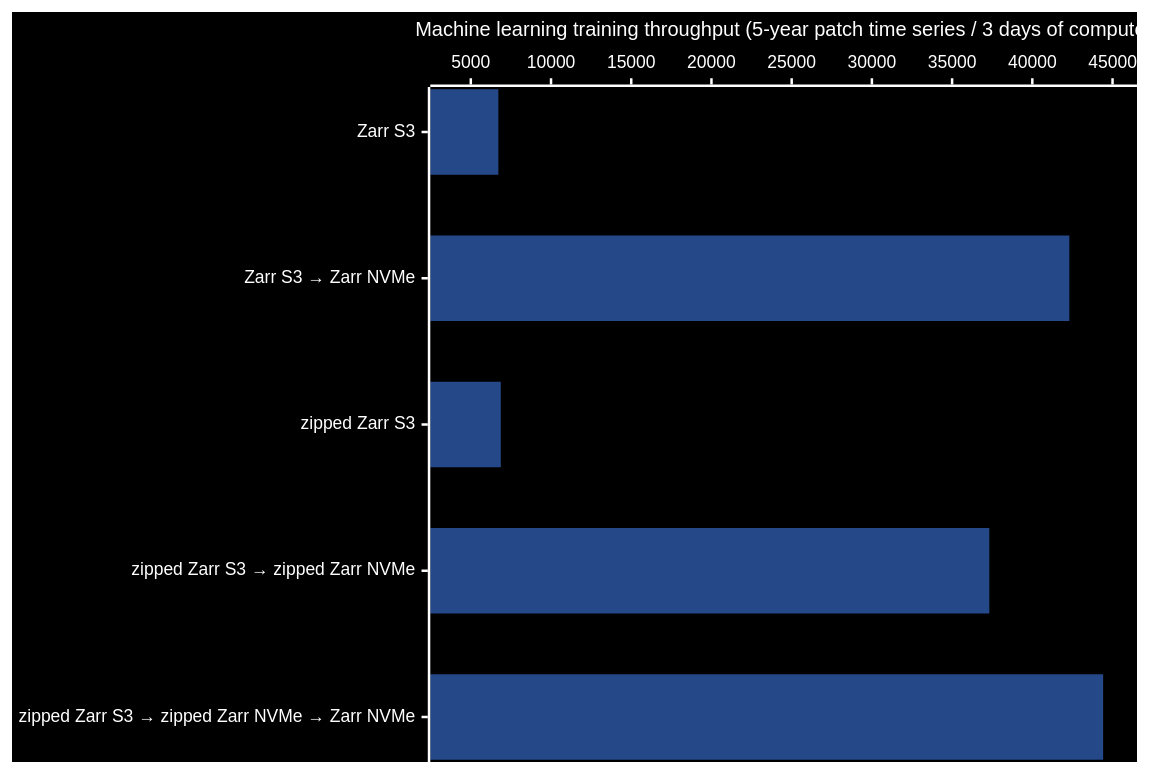
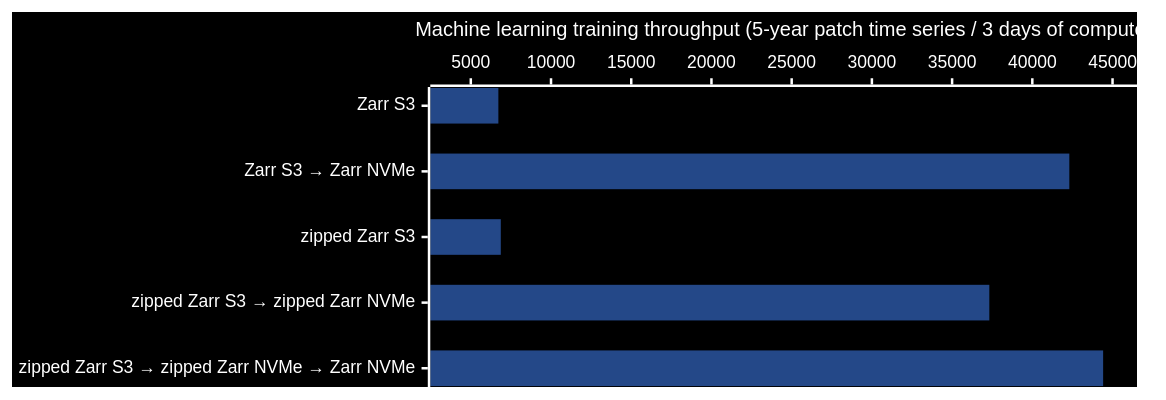
The third of 8 diagrams in README.md (hamk-uas/datacube-storage-lab), drawn with Mermaid before and after one commit.

````diff
--- a/README.md
+++ b/README.md
@@ -495,26 +495,26 @@
 ```mermaid
 ---
 config:
     xyChart:
         width: 900
-        height: 600
+        height: 300
     themeVariables:
         xyChart:
             backgroundColor: "#000"
             titleColor: "#fff"
             xAxisLabelColor: "#fff"
             xAxisTitleColor: "#fff"
             xAxisTickColor: "#fff"
             xAxisLineColor: "#fff"
             yAxisLabelColor: "#fff"
             yAxisTitleColor: "#fff"
             yAxisTickColor: "#fff"
             yAxisLineColor: "#fff"
             plotColorPalette: "#48f8, #000"
 ---
 xychart-beta horizontal
     x-axis ["Zarr S3", "Zarr S3 → Zarr NVMe", "zipped Zarr S3", "zipped Zarr S3 → zipped Zarr NVMe", "zipped Zarr S3 → zipped Zarr NVMe → Zarr NVMe"]
     y-axis "Machine learning training throughput (5-year patch time series / 3 days of compute)" 4000 --> 45000
     bar [6718.3292243095, 42306.7540825549, 6869.8010595012, 37319.6290235888, 44413.9870445213]
     bar [0, 0, 0, 0, 0, 0]
 ```
````
